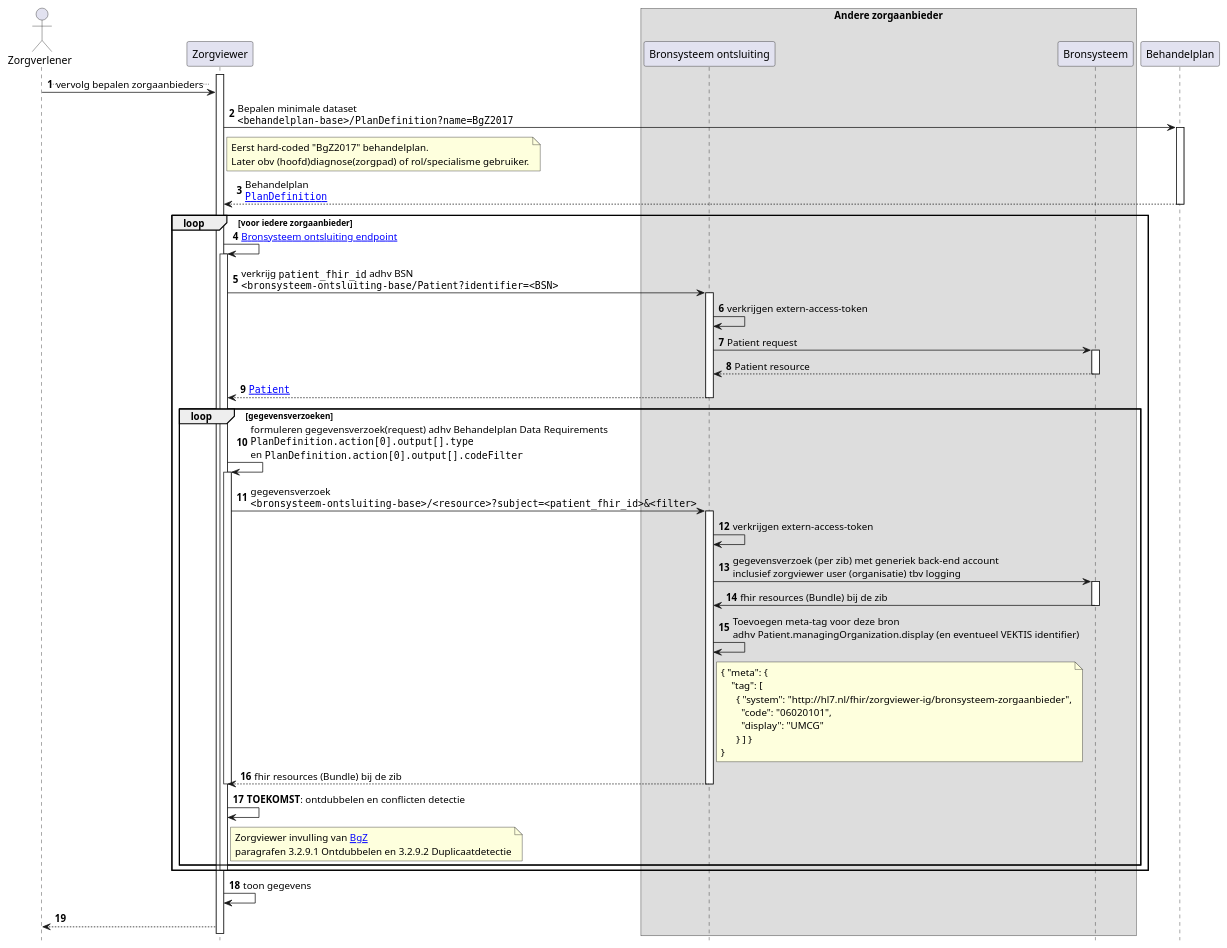
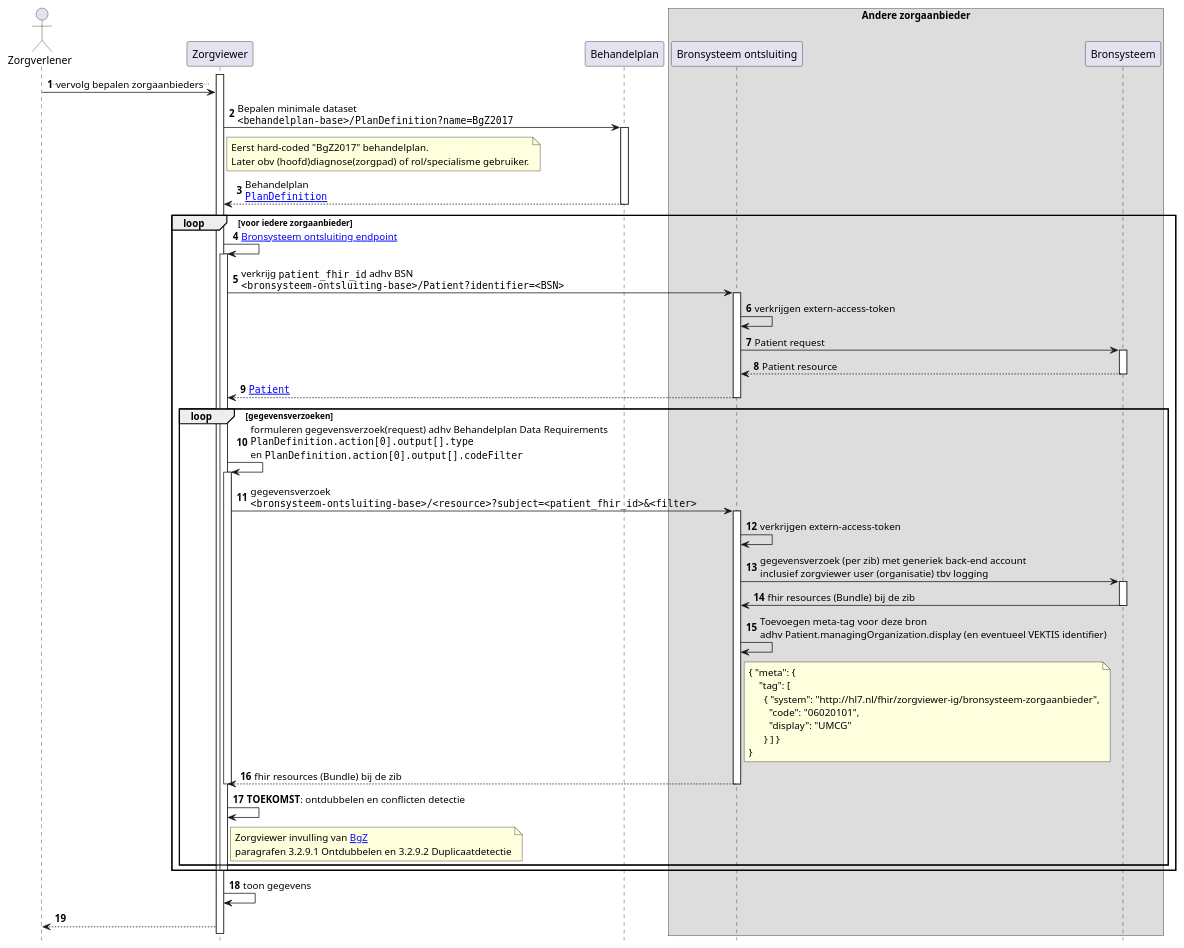
Before and after one commit to RIVO-Noord/zorgviewer-ig: the diagram in input/images-source/Zorgviewer-seq-3.plantuml, drawn with PlantUML. The commit also changed 3 other files, not shown here.

```diff
--- a/input/images-source/Zorgviewer-seq-3.plantuml
+++ b/input/images-source/Zorgviewer-seq-3.plantuml
@@ -1,70 +1,70 @@
 @startuml
 hide footbox
 autonumber
 
 actor Zorgverlener
 participant Zorgviewer
+participant Behandelplan
 box "Andere zorgaanbieder"
 participant "Bronsysteem ontsluiting" as Bron
 participant Bronsysteem
 end box
-participant Behandelplan
 
 activate Zorgviewer
 Zorgverlener->Zorgviewer: ..vervolg bepalen zorgaanbieders..
 Zorgviewer->Behandelplan: Bepalen minimale dataset\n""<behandelplan-base>/PlanDefinition?name=BgZ2017""
 note right Zorgviewer
   Eerst hard-coded "BgZ2017" behandelplan.
   Later obv (hoofd)diagnose(zorgpad) of rol/specialisme gebruiker.
 end note
 activate Behandelplan
 Behandelplan-->Zorgviewer: Behandelplan\n""[[StructureDefinition-PlanDefinition.html PlanDefinition]]""
 deactivate Behandelplan
 loop voor iedere zorgaanbieder
   Zorgviewer->Zorgviewer: [[Endpoint-UMCG.html Bronsysteem ontsluiting endpoint]]
   activate Zorgviewer
-  Zorgviewer->Bron : verkrijg ""patient_fhir_id"" adhv BSN\n""<bronsysteem-ontsluiting-base/Patient?identifier=<BSN>""
+  Zorgviewer->Bron : verkrijg ""patient_fhir_id"" adhv BSN\n""<bronsysteem-ontsluiting-base>/Patient?identifier=<BSN>""
   activate Bron
   Bron->Bron : verkrijgen extern-access-token
   Bron->Bronsysteem : Patient request
   activate Bronsysteem
   Bronsysteem-->Bron : Patient resource
   deactivate Bronsysteem
   Bron-->Zorgviewer : ""[[StructureDefinition-Patient.html Patient]]""
   deactivate Bron
   loop gegevensverzoeken
     Zorgviewer->Zorgviewer: formuleren gegevensverzoek(request) adhv Behandelplan Data Requirements\n""PlanDefinition.action[0].output[].type""\nen ""PlanDefinition.action[0].output[].codeFilter""
     activate Zorgviewer
     Zorgviewer->Bron: gegevensverzoek\n""<bronsysteem-ontsluiting-base>/<resource>?subject=<patient_fhir_id>&<filter>""
     activate Bron
     Bron->Bron : verkrijgen extern-access-token
     Bron->Bronsysteem : gegevensverzoek (per zib) met generiek back-end account\ninclusief zorgviewer user (organisatie) tbv logging
     activate Bronsysteem
     Bronsysteem->Bron: fhir resources (Bundle) bij de zib
     deactivate Bronsysteem
     Bron->Bron: Toevoegen meta-tag voor deze bron\nadhv Patient.managingOrganization.display (en eventueel VEKTIS identifier)
     note right Bron
 { "meta": {
     "tag": [
       { "system": "http://hl7.nl/fhir/zorgviewer-ig/bronsysteem-zorgaanbieder",
         "code": "06020101",
         "display": "UMCG"
       } ] }
 }
     end note
     Bron-->Zorgviewer: fhir resources (Bundle) bij de zib
     deactivate Bron
     deactivate Zorgviewer
     Zorgviewer->Zorgviewer: **TOEKOMST**: ontdubbelen en conflicten detectie
     note right of Zorgviewer
       Zorgviewer invulling van [[https://informatiestandaarden.nictiz.nl/wiki/BgZ:V1.0_BgZ_MSZ_Informatiestandaard BgZ]] 
       paragrafen 3.2.9.1 Ontdubbelen en 3.2.9.2 Duplicaatdetectie
     end note
   end
   deactivate Zorgviewer
 end
 
 Zorgviewer->Zorgviewer: toon gegevens
 Zorgviewer-->Zorgverlener
 
 @enduml
```
